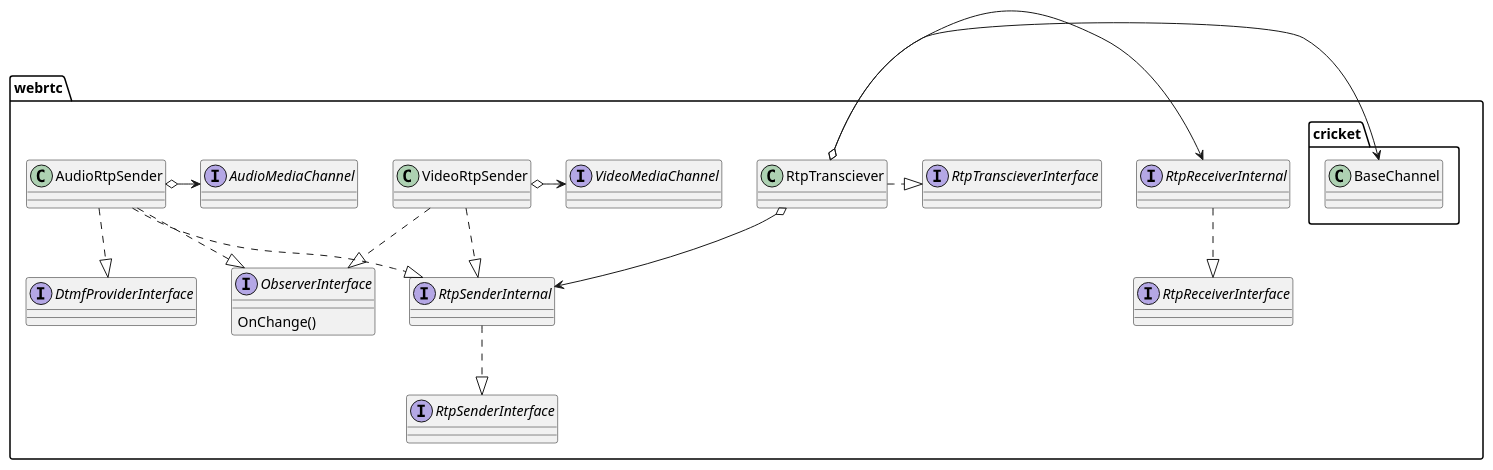
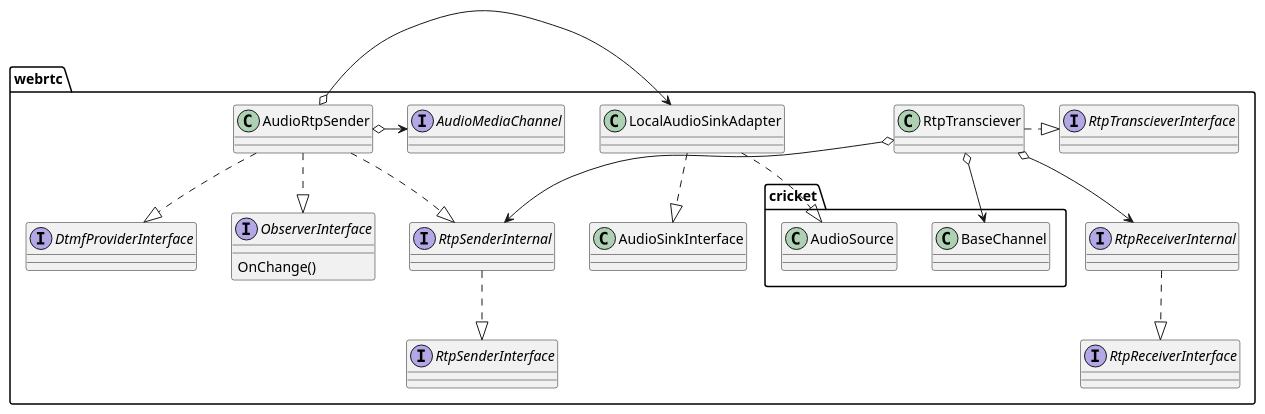
Before and after one commit to mingxin505/webrtcNote: the first of 4 diagrams in webrtc_chrome/transceiver.md, drawn with PlantUML. The commit also changed other lines of this file and 3 other files, not shown here.

````diff
--- a/webrtc_chrome/transceiver.md
+++ b/webrtc_chrome/transceiver.md
@@ -1,28 +1,29 @@
 ```plantuml
 package webrtc {
 interface RtpTranscieverInterface
 interface RtpSenderInternal
 interface RtpReceiverInternal
 interface RtpSenderInterface
 interface RtpReceiverInterface
 interface ObserverInterface {
     OnChange()
 }
 interface DtmfProviderInterface
-interface VideoMediaChannel
 interface AudioMediaChannel
 RtpTransciever .|>RtpTranscieverInterface
 RtpTransciever o--> RtpSenderInternal
-RtpTransciever o-> RtpReceiverInternal
-RtpTransciever o-> cricket.BaseChannel
+RtpTransciever o--> RtpReceiverInternal
+RtpTransciever o--> cricket.BaseChannel
 RtpSenderInternal ..|> RtpSenderInterface
 RtpReceiverInternal ..|> RtpReceiverInterface
 AudioRtpSender ..|> RtpSenderInternal
-VideoRtpSender ..|> RtpSenderInternal
 AudioRtpSender ..|> ObserverInterface
 AudioRtpSender ..|> DtmfProviderInterface
-VideoRtpSender ..|> ObserverInterface
-VideoRtpSender o-> VideoMediaChannel
+
 AudioRtpSender o-> AudioMediaChannel
+AudioRtpSender o->  LocalAudioSinkAdapter
+
+LocalAudioSinkAdapter ..|> AudioSinkInterface
+LocalAudioSinkAdapter ..|> cricket.AudioSource
 }
 ```
````
